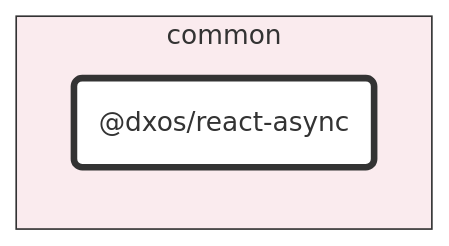
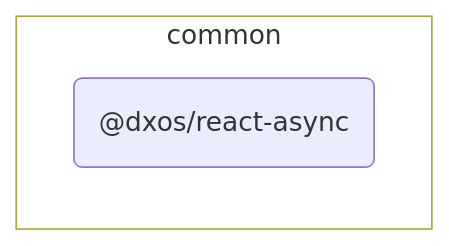
The diagram in packages/common/react-async/docs/README.md (dxos/dxos), drawn with Mermaid before and after one commit. The commit also changed 126 other files, not shown here.

````diff
--- a/packages/common/react-async/docs/README.md
+++ b/packages/common/react-async/docs/README.md
@@ -7,20 +7,17 @@
 ```mermaid
 %%{ init: {'flowchart':{'curve':'basis'}} }%%
 
 flowchart LR
 
 %% Classes
-classDef def fill:#fff,stroke:#333,stroke-width:1px
-classDef root fill:#fff,stroke:#333,stroke-width:4px
+
+
 
 %% Nodes
 
 subgraph common [common]
-  style common fill:#faebee,stroke:#333
+  style common fill:transparent
   dxos/react-async("@dxos/react-async"):::root
   click dxos/react-async "dxos/dxos/tree/main/packages/common/react-async/docs"
 end
-
-%% Links
-linkStyle default stroke:#333,stroke-width:1px
 ```
````
